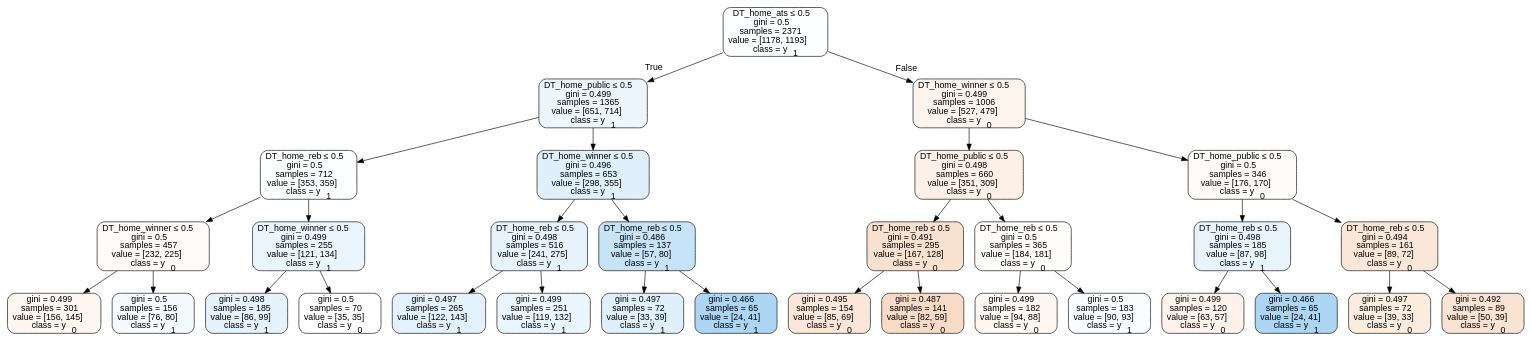
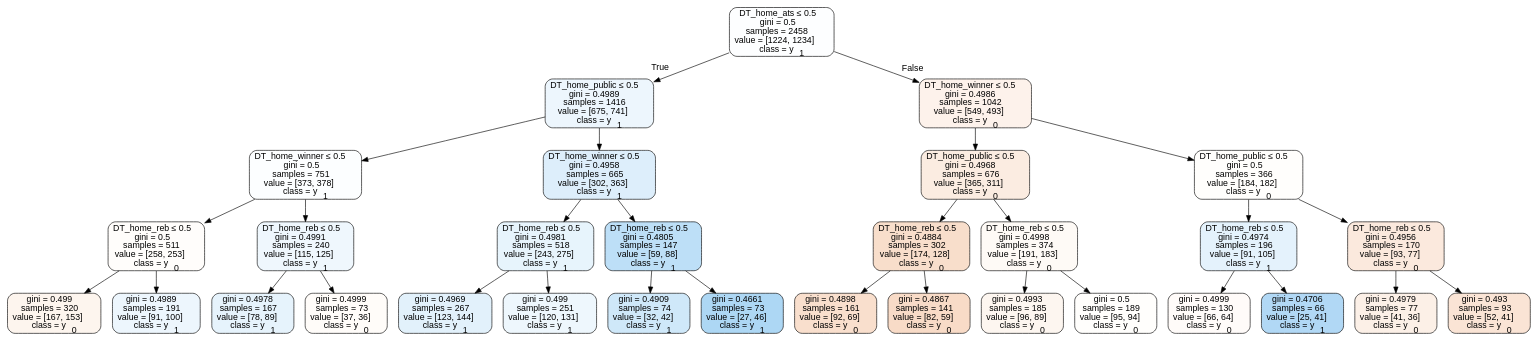
One commit to usbogie/ncaa-bets changed the diagram in Basketball/data/trees/tree2017neutral.dot. Above: the diagram before and after it, drawn with Graphviz. The commit also changed 41 other files, not shown here.

```diff
--- a/Basketball/data/trees/tree2017neutral.dot
+++ b/Basketball/data/trees/tree2017neutral.dot
@@ -1,65 +1,65 @@
 digraph Tree {
 node [shape=box, style="filled, rounded", color="black", fontname=helvetica] ;
 edge [fontname=helvetica] ;
-0 [label=<DT_home_ats &le; 0.5<br/>gini = 0.5<br/>samples = 2371<br/>value = [1178, 1193]<br/>class = y<SUB>1</SUB>>, fillcolor="#399de503"] ;
-1 [label=<DT_home_public &le; 0.5<br/>gini = 0.499<br/>samples = 1365<br/>value = [651, 714]<br/>class = y<SUB>1</SUB>>, fillcolor="#399de517"] ;
+0 [label=<DT_home_ats &le; 0.5<br/>gini = 0.5<br/>samples = 2458<br/>value = [1224, 1234]<br/>class = y<SUB>1</SUB>>, fillcolor="#399de502"] ;
+1 [label=<DT_home_public &le; 0.5<br/>gini = 0.4989<br/>samples = 1416<br/>value = [675, 741]<br/>class = y<SUB>1</SUB>>, fillcolor="#399de517"] ;
 0 -> 1 [labeldistance=2.5, labelangle=45, headlabel="True"] ;
-2 [label=<DT_home_reb &le; 0.5<br/>gini = 0.5<br/>samples = 712<br/>value = [353, 359]<br/>class = y<SUB>1</SUB>>, fillcolor="#399de504"] ;
+2 [label=<DT_home_winner &le; 0.5<br/>gini = 0.5<br/>samples = 751<br/>value = [373, 378]<br/>class = y<SUB>1</SUB>>, fillcolor="#399de503"] ;
 1 -> 2 ;
-3 [label=<DT_home_winner &le; 0.5<br/>gini = 0.5<br/>samples = 457<br/>value = [232, 225]<br/>class = y<SUB>0</SUB>>, fillcolor="#e5813908"] ;
+3 [label=<DT_home_reb &le; 0.5<br/>gini = 0.5<br/>samples = 511<br/>value = [258, 253]<br/>class = y<SUB>0</SUB>>, fillcolor="#e5813905"] ;
 2 -> 3 ;
-4 [label=<gini = 0.499<br/>samples = 301<br/>value = [156, 145]<br/>class = y<SUB>0</SUB>>, fillcolor="#e5813912"] ;
+4 [label=<gini = 0.499<br/>samples = 320<br/>value = [167, 153]<br/>class = y<SUB>0</SUB>>, fillcolor="#e5813915"] ;
 3 -> 4 ;
-5 [label=<gini = 0.5<br/>samples = 156<br/>value = [76, 80]<br/>class = y<SUB>1</SUB>>, fillcolor="#399de50d"] ;
+5 [label=<gini = 0.4989<br/>samples = 191<br/>value = [91, 100]<br/>class = y<SUB>1</SUB>>, fillcolor="#399de517"] ;
 3 -> 5 ;
-6 [label=<DT_home_winner &le; 0.5<br/>gini = 0.499<br/>samples = 255<br/>value = [121, 134]<br/>class = y<SUB>1</SUB>>, fillcolor="#399de519"] ;
+6 [label=<DT_home_reb &le; 0.5<br/>gini = 0.4991<br/>samples = 240<br/>value = [115, 125]<br/>class = y<SUB>1</SUB>>, fillcolor="#399de514"] ;
 2 -> 6 ;
-7 [label=<gini = 0.498<br/>samples = 185<br/>value = [86, 99]<br/>class = y<SUB>1</SUB>>, fillcolor="#399de521"] ;
+7 [label=<gini = 0.4978<br/>samples = 167<br/>value = [78, 89]<br/>class = y<SUB>1</SUB>>, fillcolor="#399de520"] ;
 6 -> 7 ;
-8 [label=<gini = 0.5<br/>samples = 70<br/>value = [35, 35]<br/>class = y<SUB>0</SUB>>, fillcolor="#e5813900"] ;
+8 [label=<gini = 0.4999<br/>samples = 73<br/>value = [37, 36]<br/>class = y<SUB>0</SUB>>, fillcolor="#e5813907"] ;
 6 -> 8 ;
-9 [label=<DT_home_winner &le; 0.5<br/>gini = 0.496<br/>samples = 653<br/>value = [298, 355]<br/>class = y<SUB>1</SUB>>, fillcolor="#399de529"] ;
+9 [label=<DT_home_winner &le; 0.5<br/>gini = 0.4958<br/>samples = 665<br/>value = [302, 363]<br/>class = y<SUB>1</SUB>>, fillcolor="#399de52b"] ;
 1 -> 9 ;
-10 [label=<DT_home_reb &le; 0.5<br/>gini = 0.498<br/>samples = 516<br/>value = [241, 275]<br/>class = y<SUB>1</SUB>>, fillcolor="#399de520"] ;
+10 [label=<DT_home_reb &le; 0.5<br/>gini = 0.4981<br/>samples = 518<br/>value = [243, 275]<br/>class = y<SUB>1</SUB>>, fillcolor="#399de51e"] ;
 9 -> 10 ;
-11 [label=<gini = 0.497<br/>samples = 265<br/>value = [122, 143]<br/>class = y<SUB>1</SUB>>, fillcolor="#399de525"] ;
+11 [label=<gini = 0.4969<br/>samples = 267<br/>value = [123, 144]<br/>class = y<SUB>1</SUB>>, fillcolor="#399de525"] ;
 10 -> 11 ;
-12 [label=<gini = 0.499<br/>samples = 251<br/>value = [119, 132]<br/>class = y<SUB>1</SUB>>, fillcolor="#399de519"] ;
+12 [label=<gini = 0.499<br/>samples = 251<br/>value = [120, 131]<br/>class = y<SUB>1</SUB>>, fillcolor="#399de515"] ;
 10 -> 12 ;
-13 [label=<DT_home_reb &le; 0.5<br/>gini = 0.486<br/>samples = 137<br/>value = [57, 80]<br/>class = y<SUB>1</SUB>>, fillcolor="#399de549"] ;
+13 [label=<DT_home_reb &le; 0.5<br/>gini = 0.4805<br/>samples = 147<br/>value = [59, 88]<br/>class = y<SUB>1</SUB>>, fillcolor="#399de554"] ;
 9 -> 13 ;
-14 [label=<gini = 0.497<br/>samples = 72<br/>value = [33, 39]<br/>class = y<SUB>1</SUB>>, fillcolor="#399de527"] ;
+14 [label=<gini = 0.4909<br/>samples = 74<br/>value = [32, 42]<br/>class = y<SUB>1</SUB>>, fillcolor="#399de53d"] ;
 13 -> 14 ;
-15 [label=<gini = 0.466<br/>samples = 65<br/>value = [24, 41]<br/>class = y<SUB>1</SUB>>, fillcolor="#399de56a"] ;
+15 [label=<gini = 0.4661<br/>samples = 73<br/>value = [27, 46]<br/>class = y<SUB>1</SUB>>, fillcolor="#399de569"] ;
 13 -> 15 ;
-16 [label=<DT_home_winner &le; 0.5<br/>gini = 0.499<br/>samples = 1006<br/>value = [527, 479]<br/>class = y<SUB>0</SUB>>, fillcolor="#e5813917"] ;
+16 [label=<DT_home_winner &le; 0.5<br/>gini = 0.4986<br/>samples = 1042<br/>value = [549, 493]<br/>class = y<SUB>0</SUB>>, fillcolor="#e581391a"] ;
 0 -> 16 [labeldistance=2.5, labelangle=-45, headlabel="False"] ;
-17 [label=<DT_home_public &le; 0.5<br/>gini = 0.498<br/>samples = 660<br/>value = [351, 309]<br/>class = y<SUB>0</SUB>>, fillcolor="#e581391f"] ;
+17 [label=<DT_home_public &le; 0.5<br/>gini = 0.4968<br/>samples = 676<br/>value = [365, 311]<br/>class = y<SUB>0</SUB>>, fillcolor="#e5813926"] ;
 16 -> 17 ;
-18 [label=<DT_home_reb &le; 0.5<br/>gini = 0.491<br/>samples = 295<br/>value = [167, 128]<br/>class = y<SUB>0</SUB>>, fillcolor="#e581393c"] ;
+18 [label=<DT_home_reb &le; 0.5<br/>gini = 0.4884<br/>samples = 302<br/>value = [174, 128]<br/>class = y<SUB>0</SUB>>, fillcolor="#e5813943"] ;
 17 -> 18 ;
-19 [label=<gini = 0.495<br/>samples = 154<br/>value = [85, 69]<br/>class = y<SUB>0</SUB>>, fillcolor="#e5813930"] ;
+19 [label=<gini = 0.4898<br/>samples = 161<br/>value = [92, 69]<br/>class = y<SUB>0</SUB>>, fillcolor="#e5813940"] ;
 18 -> 19 ;
-20 [label=<gini = 0.487<br/>samples = 141<br/>value = [82, 59]<br/>class = y<SUB>0</SUB>>, fillcolor="#e5813948"] ;
+20 [label=<gini = 0.4867<br/>samples = 141<br/>value = [82, 59]<br/>class = y<SUB>0</SUB>>, fillcolor="#e5813948"] ;
 18 -> 20 ;
-21 [label=<DT_home_reb &le; 0.5<br/>gini = 0.5<br/>samples = 365<br/>value = [184, 181]<br/>class = y<SUB>0</SUB>>, fillcolor="#e5813904"] ;
+21 [label=<DT_home_reb &le; 0.5<br/>gini = 0.4998<br/>samples = 374<br/>value = [191, 183]<br/>class = y<SUB>0</SUB>>, fillcolor="#e581390b"] ;
 17 -> 21 ;
-22 [label=<gini = 0.499<br/>samples = 182<br/>value = [94, 88]<br/>class = y<SUB>0</SUB>>, fillcolor="#e5813910"] ;
+22 [label=<gini = 0.4993<br/>samples = 185<br/>value = [96, 89]<br/>class = y<SUB>0</SUB>>, fillcolor="#e5813913"] ;
 21 -> 22 ;
-23 [label=<gini = 0.5<br/>samples = 183<br/>value = [90, 93]<br/>class = y<SUB>1</SUB>>, fillcolor="#399de508"] ;
+23 [label=<gini = 0.5<br/>samples = 189<br/>value = [95, 94]<br/>class = y<SUB>0</SUB>>, fillcolor="#e5813903"] ;
 21 -> 23 ;
-24 [label=<DT_home_public &le; 0.5<br/>gini = 0.5<br/>samples = 346<br/>value = [176, 170]<br/>class = y<SUB>0</SUB>>, fillcolor="#e5813909"] ;
+24 [label=<DT_home_public &le; 0.5<br/>gini = 0.5<br/>samples = 366<br/>value = [184, 182]<br/>class = y<SUB>0</SUB>>, fillcolor="#e5813903"] ;
 16 -> 24 ;
-25 [label=<DT_home_reb &le; 0.5<br/>gini = 0.498<br/>samples = 185<br/>value = [87, 98]<br/>class = y<SUB>1</SUB>>, fillcolor="#399de51d"] ;
+25 [label=<DT_home_reb &le; 0.5<br/>gini = 0.4974<br/>samples = 196<br/>value = [91, 105]<br/>class = y<SUB>1</SUB>>, fillcolor="#399de522"] ;
 24 -> 25 ;
-26 [label=<gini = 0.499<br/>samples = 120<br/>value = [63, 57]<br/>class = y<SUB>0</SUB>>, fillcolor="#e5813918"] ;
+26 [label=<gini = 0.4999<br/>samples = 130<br/>value = [66, 64]<br/>class = y<SUB>0</SUB>>, fillcolor="#e5813908"] ;
 25 -> 26 ;
-27 [label=<gini = 0.466<br/>samples = 65<br/>value = [24, 41]<br/>class = y<SUB>1</SUB>>, fillcolor="#399de56a"] ;
+27 [label=<gini = 0.4706<br/>samples = 66<br/>value = [25, 41]<br/>class = y<SUB>1</SUB>>, fillcolor="#399de564"] ;
 25 -> 27 ;
-28 [label=<DT_home_reb &le; 0.5<br/>gini = 0.494<br/>samples = 161<br/>value = [89, 72]<br/>class = y<SUB>0</SUB>>, fillcolor="#e5813931"] ;
+28 [label=<DT_home_reb &le; 0.5<br/>gini = 0.4956<br/>samples = 170<br/>value = [93, 77]<br/>class = y<SUB>0</SUB>>, fillcolor="#e581392c"] ;
 24 -> 28 ;
-29 [label=<gini = 0.497<br/>samples = 72<br/>value = [39, 33]<br/>class = y<SUB>0</SUB>>, fillcolor="#e5813927"] ;
+29 [label=<gini = 0.4979<br/>samples = 77<br/>value = [41, 36]<br/>class = y<SUB>0</SUB>>, fillcolor="#e581391f"] ;
 28 -> 29 ;
-30 [label=<gini = 0.492<br/>samples = 89<br/>value = [50, 39]<br/>class = y<SUB>0</SUB>>, fillcolor="#e5813938"] ;
+30 [label=<gini = 0.493<br/>samples = 93<br/>value = [52, 41]<br/>class = y<SUB>0</SUB>>, fillcolor="#e5813936"] ;
 28 -> 30 ;
 }
```
